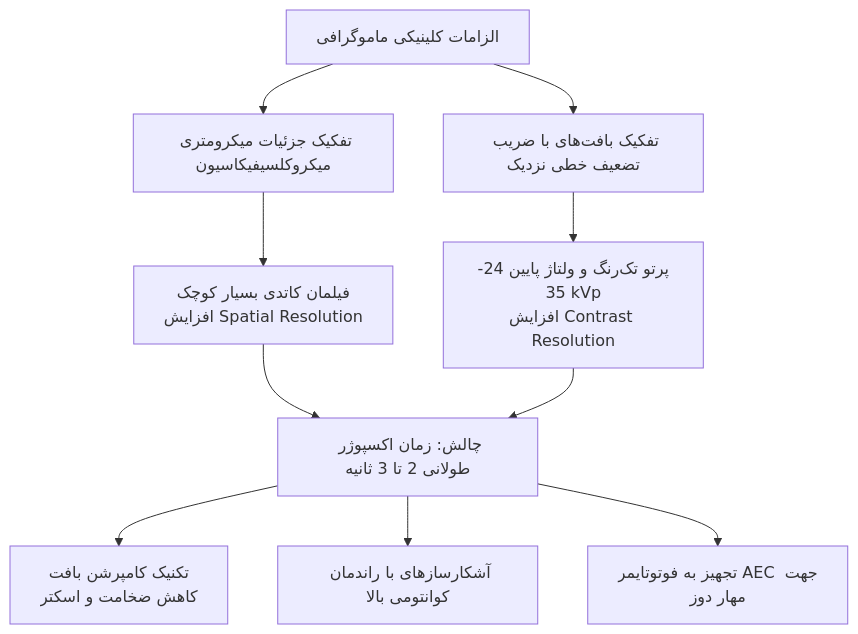
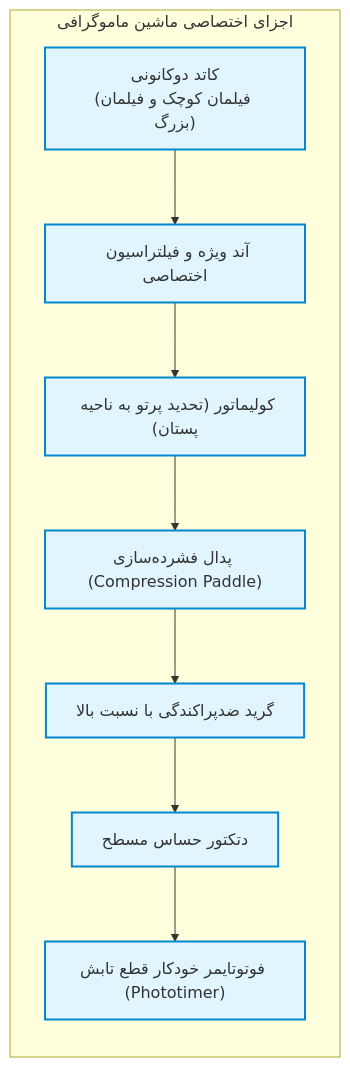
One commit to neopulse-hub/-TUMS-1402-2-material-notes- changed the second of 6 diagrams in 05/فیزیک پزشکی/پایان‌ترم/رادیوگرافی - ماموگرافی.md. Above: the diagram before and after it, drawn with Mermaid. The commit also changed other lines of this file, not shown here.

Commit message:
Update رادیوگرافی - ماموگرافی.md

````diff
--- a/05/فیزیک پزشکی/پایان‌ترم/رادیوگرافی - ماموگرافی.md
+++ b/05/فیزیک پزشکی/پایان‌ترم/رادیوگرافی - ماموگرافی.md
@@ -53,11 +45,13 @@
 ```mermaid
-flowchart TD
-    A[الزامات کلینیکی ماموگرافی] --> B[تفکیک جزئیات میکرومتری میکروکلسیفیکاسیون]
-    A --> C[تفکیک بافت‌های با ضریب تضعیف خطی نزدیک]
-    B --> D[فیلمان کاتدی بسیار کوچک<br>افزایش Spatial Resolution]
-    C --> E[پرتو تک‌رنگ و ولتاژ پایین 24-35 kVp<br>افزایش Contrast Resolution]
-    D & E --> F[چالش: زمان اکسپوژر طولانی 2 تا 3 ثانیه]
-    F --> G[تکنیک کامپرشن بافت<br>کاهش ضخامت و اسکتر]
-    F --> H[آشکارسازهای با راندمان کوانتومی بالا]
-    F --> I[تجهیز به فوتوتایمر AEC جهت مهار دوز]
+flowchart LR
+    subgraph اجزای اختصاصی ماشین ماموگرافی
+        A["کاتد دوکانونی<br>(فیلمان کوچک و فیلمان بزرگ)"] --> B["آند ویژه و فیلتراسیون اختصاصی"]
+        B --> C["کولیماتور (تحدید پرتو به ناحیه پستان)"]
+        C --> D["پدال فشرده‌سازی (Compression Paddle)"]
+        D --> E["گرید ضدپراکندگی با نسبت بالا"]
+        E --> F["دتکتور حساس مسطح"]
+        F --> G["فوتوتایمر خودکار قطع تابش (Phototimer)"]
+    end
+    classDef unit fill:#e1f5fe,stroke:#0288d1,stroke-width:2px;
+    class A,B,C,D,E,F,G unit;
 ```
````
